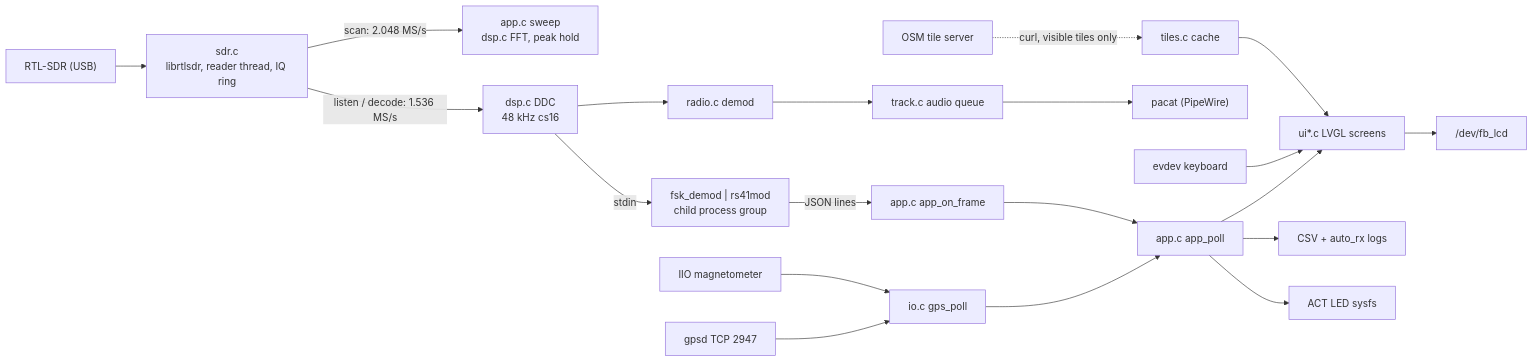
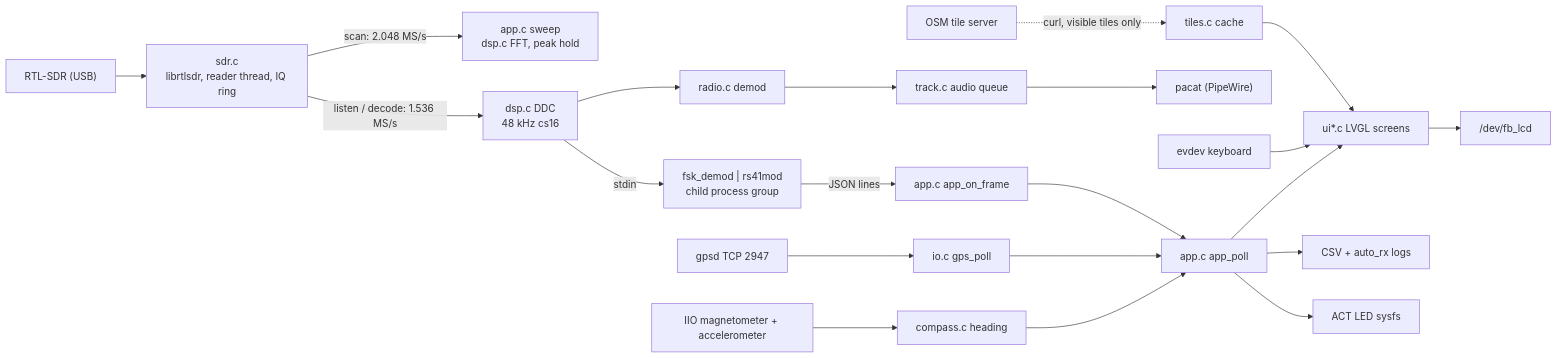
One commit to hieuha/CardputerZero-Sondechase changed the diagram in docs/system-architecture.md. Above: the diagram before and after it, drawn with Mermaid. The commit also changed other lines of this file and 18 other files, not shown here.

````diff
--- a/docs/system-architecture.md
+++ b/docs/system-architecture.md
@@ -53,22 +54,23 @@
 ```mermaid
 flowchart LR
     RTL["RTL-SDR (USB)"] --> SDR["sdr.c<br/>librtlsdr, reader thread, IQ ring"]
     SDR -->|"scan: 2.048 MS/s"| SWEEP["app.c sweep<br/>dsp.c FFT, peak hold"]
     SDR -->|"listen / decode: 1.536 MS/s"| DDC["dsp.c DDC<br/>48 kHz cs16"]
     DDC -->|"stdin"| DEC["fsk_demod | rs41mod<br/>child process group"]
     DEC -->|"JSON lines"| FRAME["app.c app_on_frame"]
     DDC --> RADIO["radio.c demod"]
     RADIO --> AUDIO["track.c audio queue"]
     GPS["gpsd TCP 2947"] --> IO["io.c gps_poll"]
-    MAG["IIO magnetometer"] --> IO
+    MAG["IIO magnetometer + accelerometer"] --> HDG["compass.c heading"]
+    HDG --> APP
     IO --> APP["app.c app_poll"]
     FRAME --> APP
     APP --> UI["ui*.c LVGL screens"]
     APP --> LOGS["CSV + auto_rx logs"]
     AUDIO --> PACAT["pacat (PipeWire)"]
     APP --> LED["ACT LED sysfs"]
     KBD["evdev keyboard"] --> UI
     UI --> FB["/dev/fb_lcd"]
     TILES["OSM tile server"] -.->|"curl, visible tiles only"| TILEC["tiles.c cache"]
     TILEC --> UI
 ```
````
